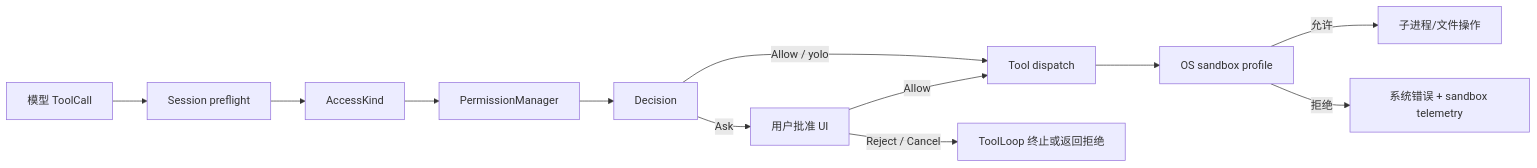
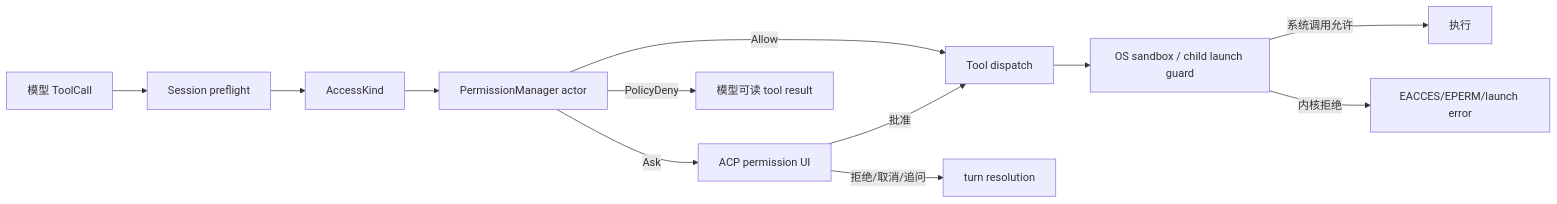
One commit to stormZhu/grok-build changed the first of 4 diagrams in docs/deep-dives/permissions-and-sandbox.md. Above: the diagram before and after it, drawn with Mermaid. The commit also changed other lines of this file and 20 other files, not shown here.

````diff
--- a/docs/deep-dives/permissions-and-sandbox.md
+++ b/docs/deep-dives/permissions-and-sandbox.md
@@ -13,14 +47,14 @@
 ```mermaid
 flowchart LR
-    M[模型 ToolCall] --> P[Session preflight]
-    P --> A[AccessKind]
-    A --> W[PermissionManager]
-    W --> R[Decision]
-    R -->|Allow / yolo| D[Tool dispatch]
-    R -->|Ask| U[用户批准 UI]
-    U -->|Allow| D
-    U -->|Reject / Cancel| E[ToolLoop 终止或返回拒绝]
-    D --> K[OS sandbox profile]
-    K -->|允许| X[子进程/文件操作]
-    K -->|拒绝| F[系统错误 + sandbox telemetry]
+    M[模型 ToolCall] --> S[Session preflight]
+    S --> A[AccessKind]
+    A --> PM[PermissionManager actor]
+    PM -->|Allow| D[Tool dispatch]
+    PM -->|Ask| U[ACP permission UI]
+    U -->|批准| D
+    U -->|拒绝/取消/追问| R[turn resolution]
+    PM -->|PolicyDeny| L[模型可读 tool result]
+    D --> K[OS sandbox / child launch guard]
+    K -->|系统调用允许| X[执行]
+    K -->|内核拒绝| E[EACCES/EPERM/launch error]
 ```
````
